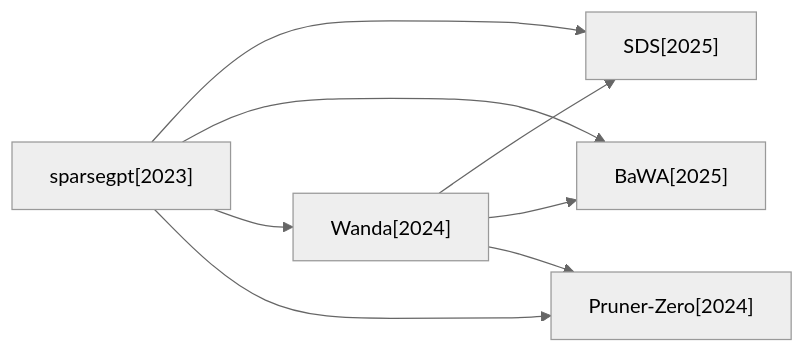
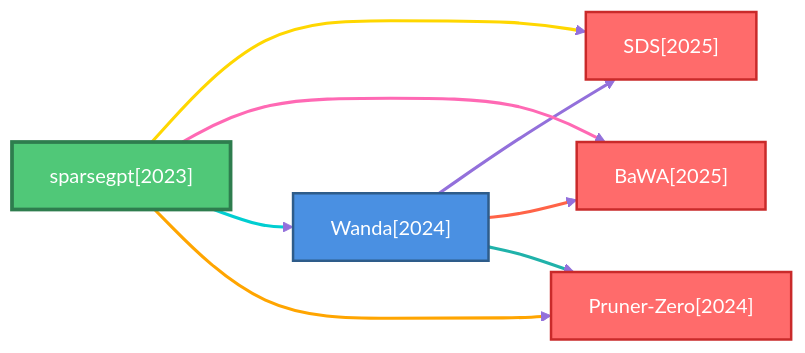
One commit to hustzxd/EfficientPaper changed the third of 5 diagrams in docs/baseline_methods_graph.md. Above: the diagram before and after it, drawn with Mermaid (neutral theme). The commit also changed other lines of this file and 23 other files, not shown here.

````diff
--- a/docs/baseline_methods_graph.md
+++ b/docs/baseline_methods_graph.md
@@ -44,15 +89,33 @@
 ```mermaid
 flowchart LR
+    classDef defaultNode fill:#4A90E2,stroke:#2E5C8A,stroke-width:2px,color:#fff
+    classDef rootNode fill:#50C878,stroke:#2E7D4E,stroke-width:3px,color:#fff
+    classDef leafNode fill:#FF6B6B,stroke:#C92A2A,stroke-width:2px,color:#fff
+    linkStyle default stroke:#9370DB,stroke-width:2px
+
+    2024_Pruner_Zero["Pruner-Zero[2024]"]
+    class 2024_Pruner_Zero leafNode
+    2025_SDS["SDS[2025]"]
+    class 2025_SDS leafNode
+    2024_Wanda["Wanda[2024]"]
+    class 2024_Wanda defaultNode
+    2025_BaWA["BaWA[2025]"]
+    class 2025_BaWA leafNode
     2023_sparsegpt["sparsegpt[2023]"]
-    2024_Pruner_Zero["Pruner-Zero[2024]"]
-    2025_BaWA["BaWA[2025]"]
-    2024_Wanda["Wanda[2024]"]
-    2025_SDS["SDS[2025]"]
-    2023_sparsegpt --> 2025_SDS
-    2023_sparsegpt --> 2025_BaWA
-    2023_sparsegpt --> 2024_Wanda
-    2023_sparsegpt --> 2024_Pruner_Zero
-    2024_Wanda --> 2025_SDS
-    2024_Wanda --> 2025_BaWA
-    2024_Wanda --> 2024_Pruner_Zero
+    class 2023_sparsegpt rootNode
+
+    2024_Wanda ==>|" "| 2025_SDS
+    linkStyle 0 stroke:#9370DB,stroke-width:2.5px
+    2024_Wanda ==>|" "| 2025_BaWA
+    linkStyle 1 stroke:#FF6347,stroke-width:2.5px
+    2024_Wanda ==>|" "| 2024_Pruner_Zero
+    linkStyle 2 stroke:#20B2AA,stroke-width:2.5px
+    2023_sparsegpt ==>|" "| 2025_SDS
+    linkStyle 3 stroke:#FFD700,stroke-width:2.5px
+    2023_sparsegpt ==>|" "| 2025_BaWA
+    linkStyle 4 stroke:#FF69B4,stroke-width:2.5px
+    2023_sparsegpt ==>|" "| 2024_Wanda
+    linkStyle 5 stroke:#00CED1,stroke-width:2.5px
+    2023_sparsegpt ==>|" "| 2024_Pruner_Zero
+    linkStyle 6 stroke:#FFA500,stroke-width:2.5px
 ```
````
